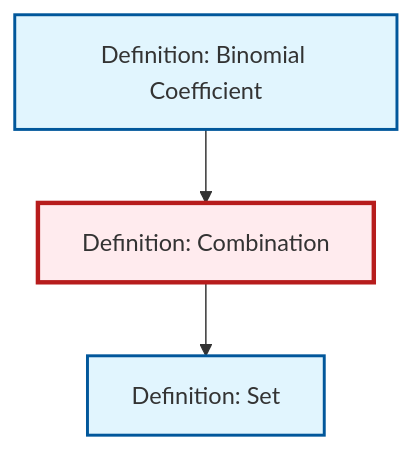
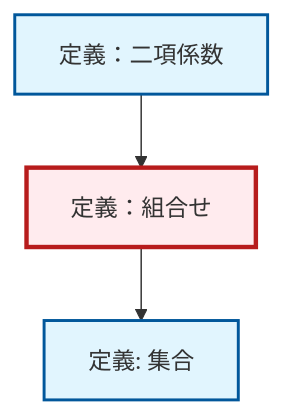
The diagram in content/ja/combinatorics/def-combination.qmd (RK0429/ModernMath), drawn with Mermaid before and after one commit. The commit also changed 1069 other files, not shown here.

````diff
--- a/content/ja/combinatorics/def-combination.qmd
+++ b/content/ja/combinatorics/def-combination.qmd
@@ -53,17 +53,17 @@
 ```{mermaid}
 %%| fig-cap: "Local dependency graph"
 graph TD
     classDef definition fill:#e1f5fe,stroke:#01579b,stroke-width:2px
     classDef theorem fill:#f3e5f5,stroke:#4a148c,stroke-width:2px
     classDef axiom fill:#fff3e0,stroke:#e65100,stroke-width:2px
     classDef example fill:#e8f5e9,stroke:#1b5e20,stroke-width:2px
     classDef current fill:#ffebee,stroke:#b71c1c,stroke-width:3px
-    def-set["Definition: Set"]:::definition
-    def-binomial-coefficient["Definition: Binomial Coefficient"]:::definition
-    def-combination["Definition: Combination"]:::definition
+    def-binomial-coefficient["定義：二項係数"]:::definition
+    def-set["定義: 集合"]:::definition
+    def-combination["定義：組合せ"]:::definition
     def-binomial-coefficient --> def-combination
     def-combination --> def-set
     class def-combination current
-    click def-set "def-set.html" "Definition: Setへ"
-    click def-binomial-coefficient "def-binomial-coefficient.html" "Definition: Binomial Coefficientへ"
+    click def-binomial-coefficient "def-binomial-coefficient.html" "定義：二項係数へ"
+    click def-set "def-set.html" "集合の定義へ"
 ```
````
